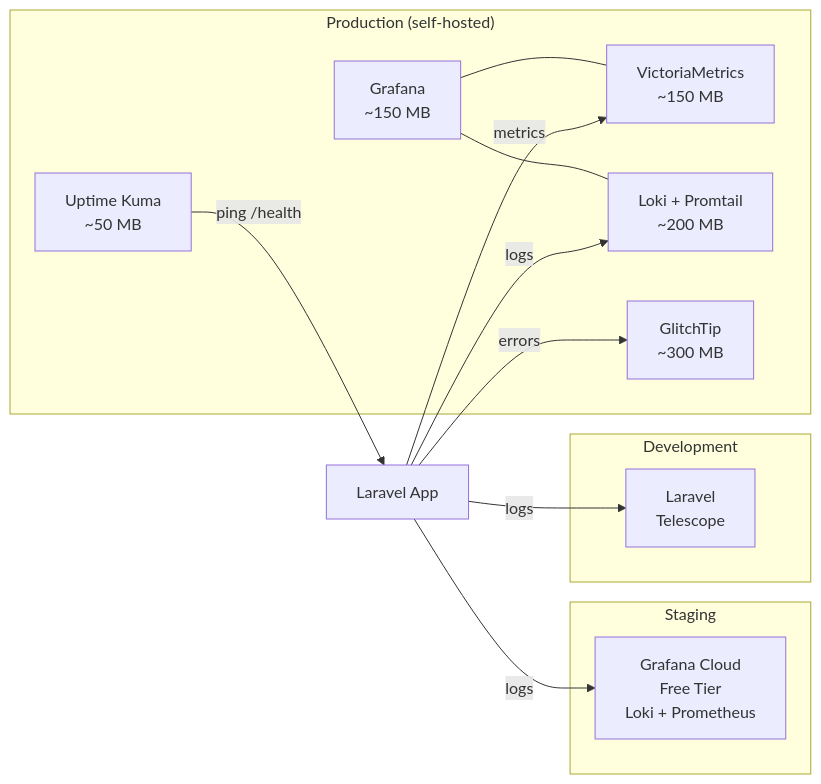
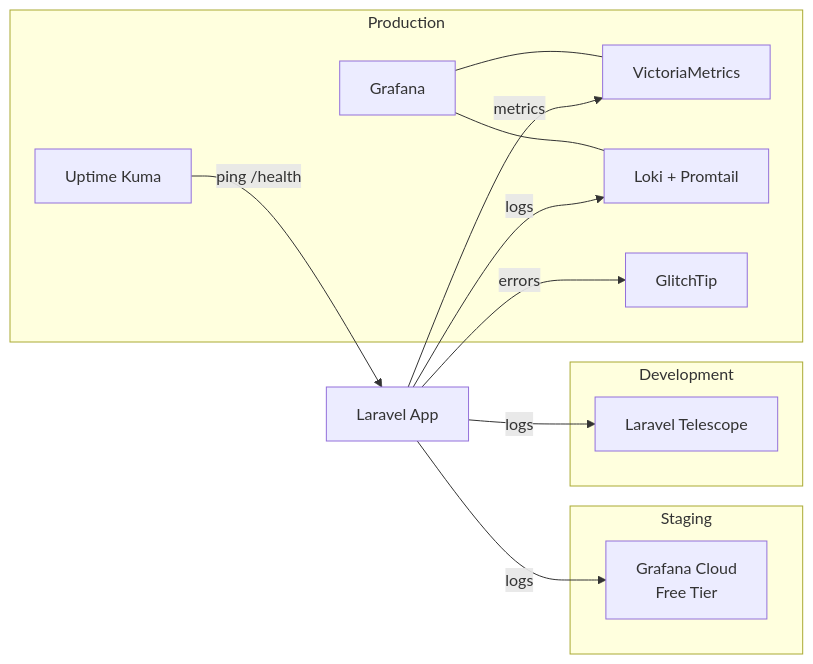
The third of 3 diagrams in docs/requirement-analysis/ddd/01_domain_map.md (nas11ai/sim-kerjasama-itk), drawn with Mermaid before and after one commit. The commit also changed other lines of this file and 12 other files, not shown here.

````diff
--- a/docs/requirement-analysis/ddd/01_domain_map.md
+++ b/docs/requirement-analysis/ddd/01_domain_map.md
@@ -174,27 +154,24 @@
 ```mermaid
 graph LR
     subgraph DEV["Development"]
-        TEL["Laravel<br/>Telescope"]
+        TEL["Laravel Telescope"]
     end
-
     subgraph STG["Staging"]
-        GC["Grafana Cloud<br/>Free Tier<br/>Loki + Prometheus"]
+        GC["Grafana Cloud<br/>Free Tier"]
     end
-
-    subgraph PROD["Production (self-hosted)"]
-        VM["VictoriaMetrics<br/>~150 MB"]
-        LK["Loki + Promtail<br/>~200 MB"]
-        GR["Grafana<br/>~150 MB"]
-        UK["Uptime Kuma<br/>~50 MB"]
-        GT["GlitchTip<br/>~300 MB"]
+    subgraph PROD["Production"]
+        VM["VictoriaMetrics"]
+        LK["Loki + Promtail"]
+        GR["Grafana"]
+        UK["Uptime Kuma"]
+        GT["GlitchTip"]
     end
-
     APP["Laravel App"] -->|logs| TEL
     APP -->|logs| GC
     APP -->|logs| LK
     APP -->|metrics| VM
     APP -->|errors| GT
     GR --- VM
     GR --- LK
     UK -->|ping /health| APP
 ```
````
